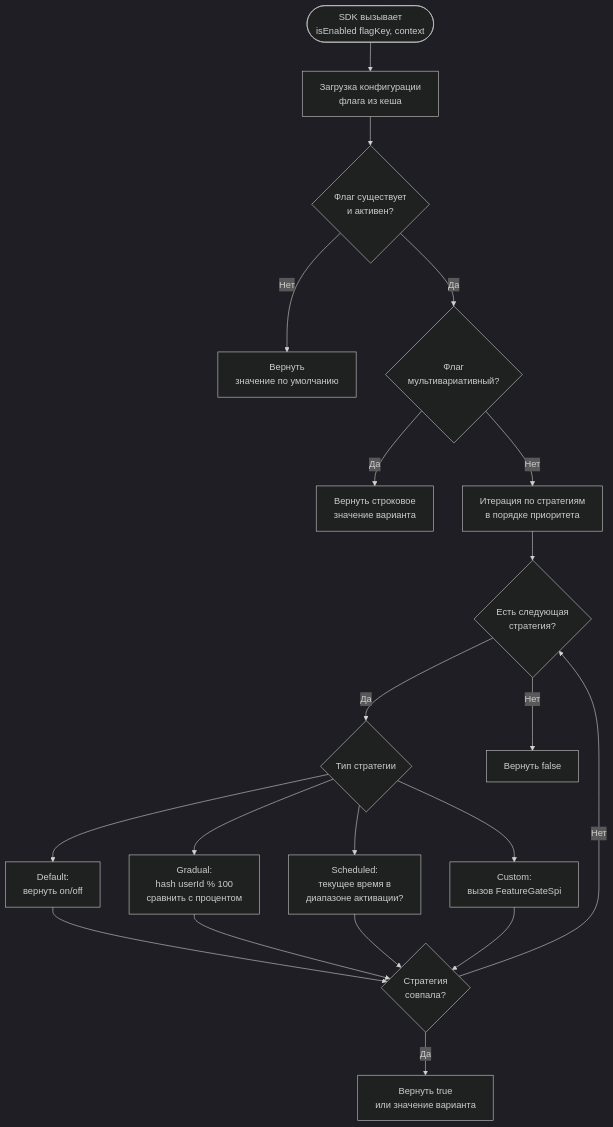
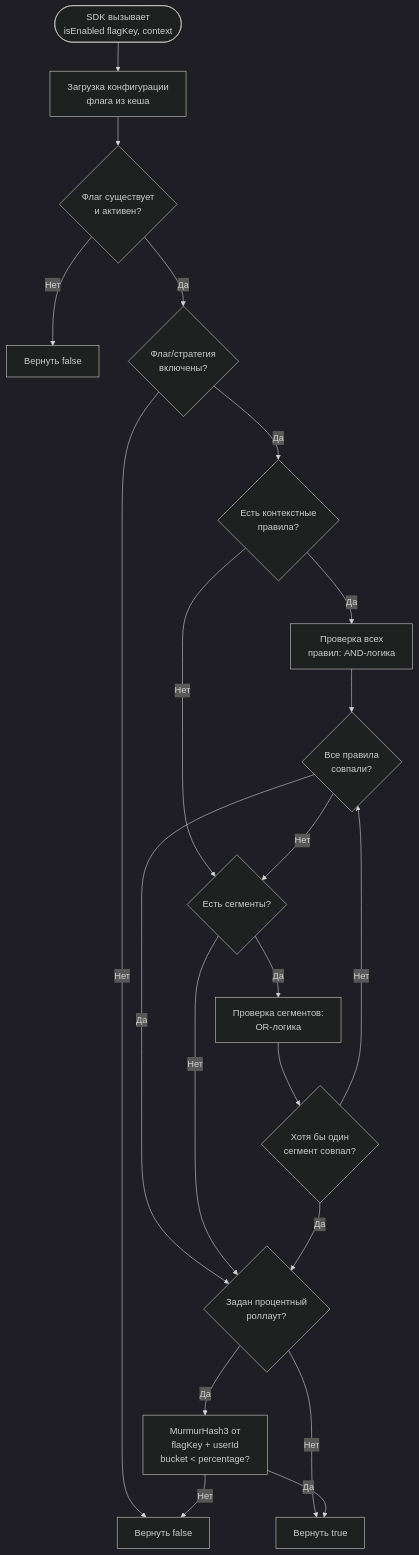
Before and after one commit to edgar-dev20/mozhno: the second of 6 diagrams in docs/advanced/architecture.md, drawn with Mermaid (dark theme). The commit also changed other lines of this file and 67 other files, not shown here.

````diff
--- a/docs/advanced/architecture.md
+++ b/docs/advanced/architecture.md
@@ -127,39 +138,39 @@
 ```mermaid
 flowchart TD
     START([SDK вызывает<br/>isEnabled flagKey, context])
     LOAD[Загрузка конфигурации<br/>флага из кеша]
     CHECK_FLAG{Флаг существует<br/>и активен?}
-    DEFAULT[Вернуть<br/>значение по умолчанию]
-    IS_MULTI{Флаг<br/>мультивариативный?}
-    MULTI_VAL[Вернуть строковое<br/>значение варианта]
-    STRATEGIES[Итерация по стратегиям<br/>в порядке приоритета]
-    NEXT_STRATEGY{Есть следующая<br/>стратегия?}
-    EVALUATE_TYPE{Тип стратегии}
-    DEF_STRAT[Default:<br/>вернуть on/off]
-    GRAD_STRAT[Gradual:<br/>hash userId % 100<br/>сравнить с процентом]
-    SCHED_STRAT[Scheduled:<br/>текущее время в<br/>диапазоне активации?]
-    CUSTOM_STRAT[Custom:<br/>вызов FeatureGateSpi]
-    MATCH{Стратегия<br/>совпала?}
-    RETURN_TRUE[Вернуть true<br/>или значение варианта]
+    DEFAULT[Вернуть false]
+    CHECK_ENABLED{Флаг/стратегия<br/>включены?}
+    HAS_CONSTRAINTS{Есть контекстные<br/>правила?}
+    EVAL_CONSTRAINTS[Проверка всех<br/>правил: AND-логика]
+    CONSTRAINTS_OK{Все правила<br/>совпали?}
+    HAS_SEGMENTS{Есть сегменты?}
+    EVAL_SEGMENTS[Проверка сегментов:<br/>OR-логика]
+    SEGMENTS_OK{Хотя бы один<br/>сегмент совпал?}
+    HAS_PERCENTAGE{Задан процентный<br/>роллаут?}
+    EVAL_PERCENTAGE[MurmurHash3 от<br/>flagKey + userId<br/>bucket < percentage?]
+    RETURN_TRUE[Вернуть true]
     RETURN_FALSE[Вернуть false]
 
     START --> LOAD
     LOAD --> CHECK_FLAG
     CHECK_FLAG -->|Нет| DEFAULT
-    CHECK_FLAG -->|Да| IS_MULTI
-    IS_MULTI -->|Нет| STRATEGIES
-    IS_MULTI -->|Да| MULTI_VAL
-    STRATEGIES --> NEXT_STRATEGY
-    NEXT_STRATEGY -->|Нет| RETURN_FALSE
-    NEXT_STRATEGY -->|Да| EVALUATE_TYPE
-    EVALUATE_TYPE --> DEF_STRAT
-    EVALUATE_TYPE --> GRAD_STRAT
-    EVALUATE_TYPE --> SCHED_STRAT
-    EVALUATE_TYPE --> CUSTOM_STRAT
-    DEF_STRAT --> MATCH
-    GRAD_STRAT --> MATCH
-    SCHED_STRAT --> MATCH
-    CUSTOM_STRAT --> MATCH
-    MATCH -->|Да| RETURN_TRUE
-    MATCH -->|Нет| NEXT_STRATEGY
+    CHECK_FLAG -->|Да| CHECK_ENABLED
+    CHECK_ENABLED -->|Нет| RETURN_FALSE
+    CHECK_ENABLED -->|Да| HAS_CONSTRAINTS
+    HAS_CONSTRAINTS -->|Да| EVAL_CONSTRAINTS
+    HAS_CONSTRAINTS -->|Нет| HAS_SEGMENTS
+    EVAL_CONSTRAINTS --> CONSTRAINTS_OK
+    CONSTRAINTS_OK -->|Да| HAS_PERCENTAGE
+    CONSTRAINTS_OK -->|Нет| HAS_SEGMENTS
+    HAS_SEGMENTS -->|Да| EVAL_SEGMENTS
+    HAS_SEGMENTS -->|Нет| HAS_PERCENTAGE
+    EVAL_SEGMENTS --> SEGMENTS_OK
+    SEGMENTS_OK -->|Да| HAS_PERCENTAGE
+    SEGMENTS_OK -->|Нет| CONSTRAINTS_OK
+    HAS_PERCENTAGE -->|Да| EVAL_PERCENTAGE
+    HAS_PERCENTAGE -->|Нет| RETURN_TRUE
+    EVAL_PERCENTAGE -->|Да| RETURN_TRUE
+    EVAL_PERCENTAGE -->|Нет| RETURN_FALSE
 ```
````
